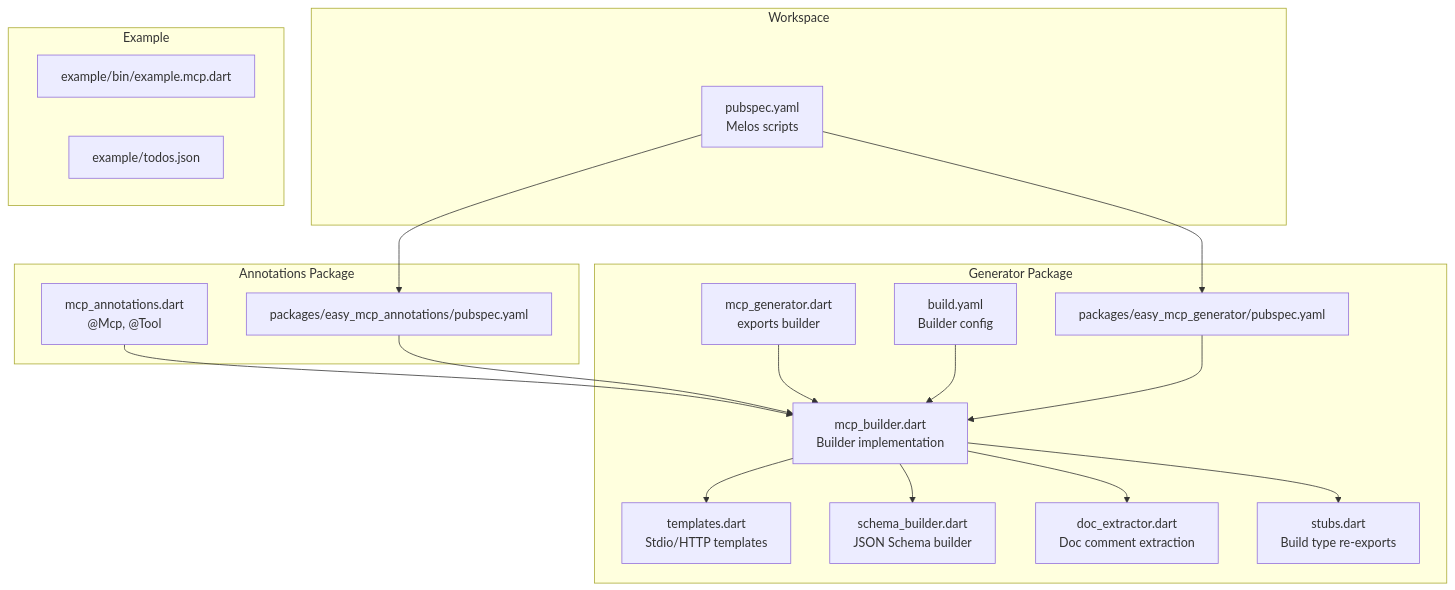
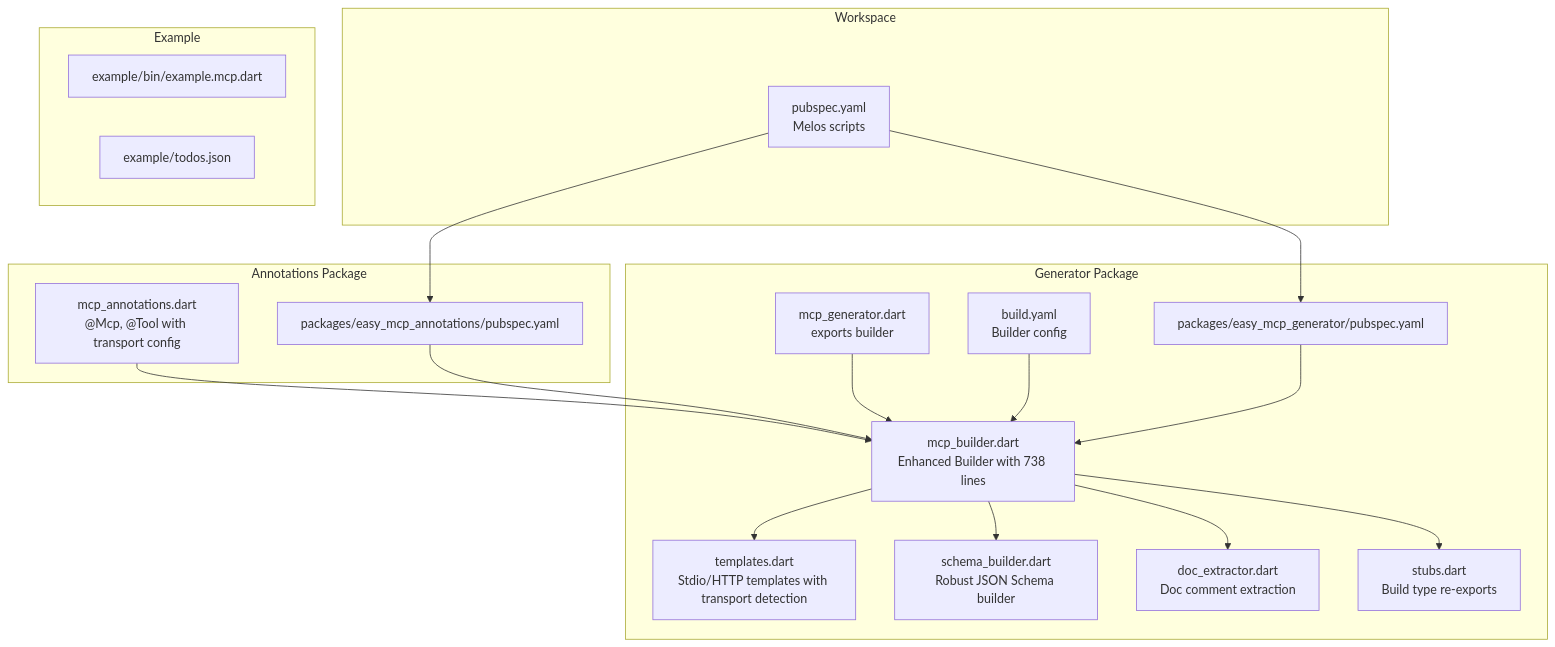
One commit to cdavis-code/easy_mcp_workspace changed the first of 7 diagrams in .qoder/repowiki/en/content/Code Generation Engine/Code Generation Engine.md. Above: the diagram before and after it, drawn with Mermaid. The commit also changed other lines of this file and 14 other files, not shown here.

````diff
--- a/.qoder/repowiki/en/content/Code Generation Engine/Code Generation Engine.md
+++ b/.qoder/repowiki/en/content/Code Generation Engine/Code Generation Engine.md
@@ -47,35 +56,35 @@
 ```mermaid
 graph TB
 subgraph "Workspace"
 WS["pubspec.yaml<br/>Melos scripts"]
 end
 subgraph "Annotations Package"
-ANNOT["mcp_annotations.dart<br/>@Mcp, @Tool"]
+ANNOT["mcp_annotations.dart<br/>@Mcp, @Tool with transport config"]
 ANNOT_SPEC["packages/easy_mcp_annotations/pubspec.yaml"]
 end
 subgraph "Generator Package"
 GEN_LIB["mcp_generator.dart<br/>exports builder"]
-BUILDER["mcp_builder.dart<br/>Builder implementation"]
-TEMPLATES["templates.dart<br/>Stdio/HTTP templates"]
-SCHEMA["schema_builder.dart<br/>JSON Schema builder"]
+BUILDER["mcp_builder.dart<br/>Enhanced Builder with 738 lines"]
+TEMPLATES["templates.dart<br/>Stdio/HTTP templates with transport detection"]
+SCHEMA["schema_builder.dart<br/>Robust JSON Schema builder"]
 DOCX["doc_extractor.dart<br/>Doc comment extraction"]
 STUBS["stubs.dart<br/>Build type re-exports"]
 BUILD_YAML["build.yaml<br/>Builder config"]
 GEN_SPEC["packages/easy_mcp_generator/pubspec.yaml"]
 end
 subgraph "Example"
 EX_BIN["example/bin/example.mcp.dart"]
 EX_JSON["example/todos.json"]
 end
 WS --> ANNOT_SPEC
 WS --> GEN_SPEC
 GEN_LIB --> BUILDER
 BUILDER --> TEMPLATES
 BUILDER --> SCHEMA
 BUILDER --> DOCX
 BUILDER --> STUBS
 BUILD_YAML --> BUILDER
 ANNOT --> BUILDER
 GEN_SPEC --> BUILDER
 ANNOT_SPEC --> BUILDER
 ```
````
